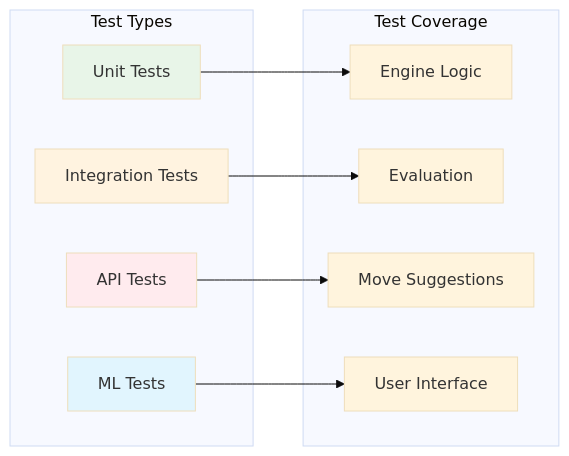
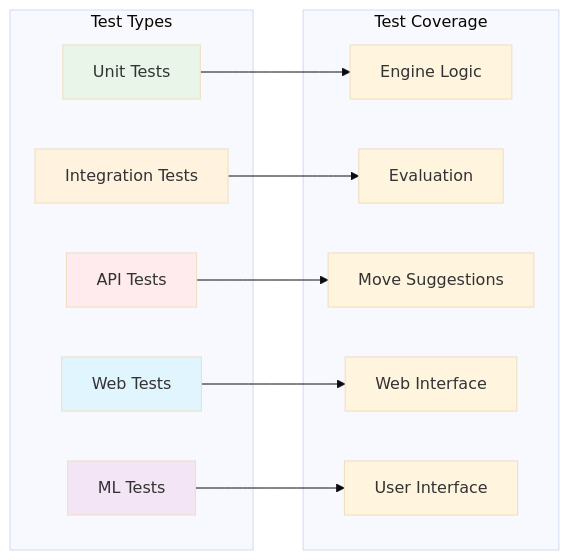
Before and after one commit to Bempong-Sylvester-Obese/Chess-Engine: the sixth of 8 diagrams in Docs/README.md, drawn with Mermaid (base theme). The commit also changed other lines of this file, not shown here.

````diff
--- a/Docs/README.md
+++ b/Docs/README.md
@@ -385,26 +475,30 @@
 ```mermaid
 graph LR
     subgraph "Test Types"
         UNIT[Unit Tests]
         INTEGRATION[Integration Tests]
         API[API Tests]
+        WEB[Web Tests]
         ML[ML Tests]
     end
     
     subgraph "Test Coverage"
         ENGINE[Engine Logic]
         EVAL[Evaluation]
         SUGGEST[Move Suggestions]
+        WEB_UI[Web Interface]
         GUI[User Interface]
     end
     
     UNIT --> ENGINE
     INTEGRATION --> EVAL
     API --> SUGGEST
+    WEB --> WEB_UI
     ML --> GUI
     
     style UNIT fill:#e8f5e8
     style INTEGRATION fill:#fff3e0
     style API fill:#ffebee
-    style ML fill:#e1f5fe
+    style WEB fill:#e1f5fe
+    style ML fill:#f3e5f5
 ```
````
